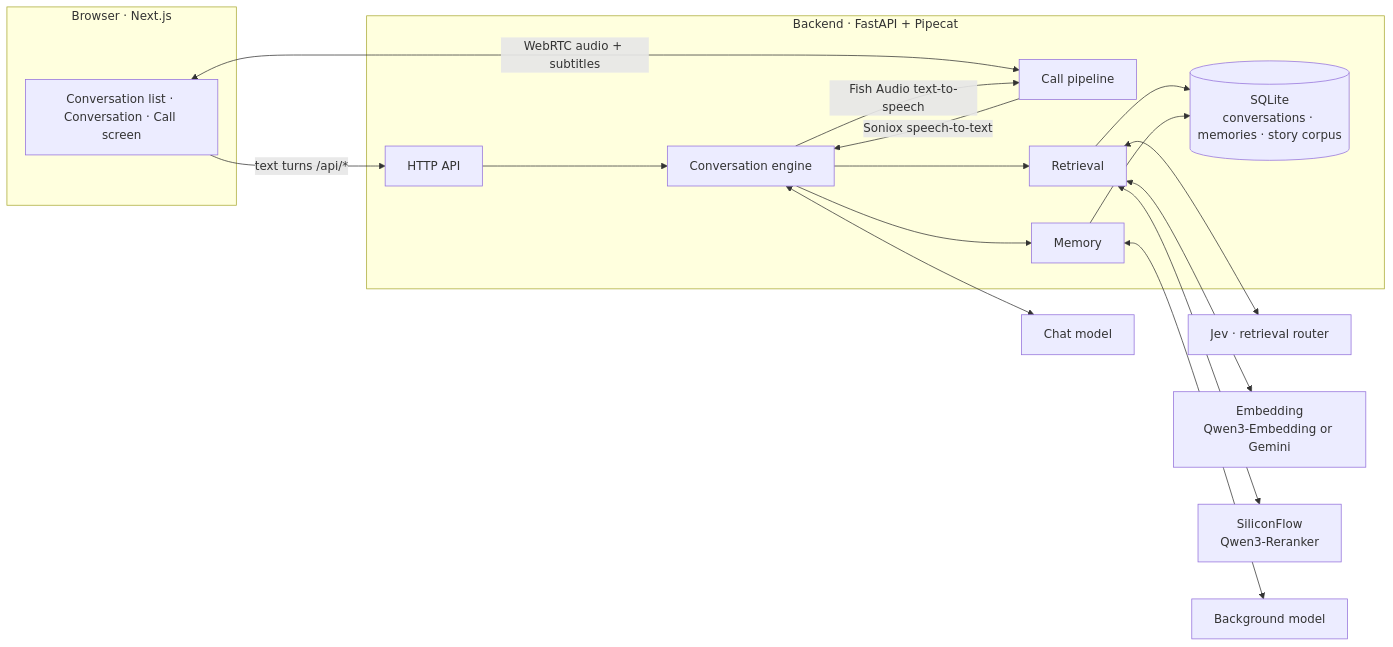
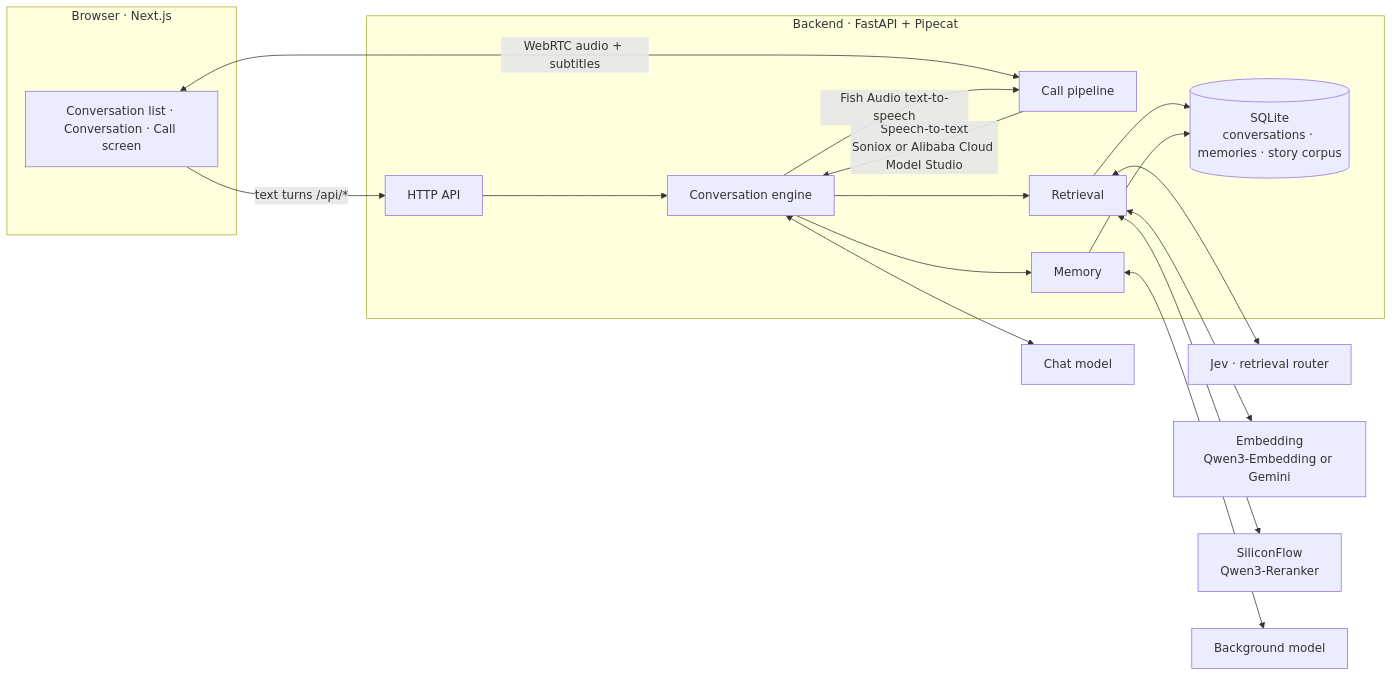
One commit to 3aKHP/idolum changed the first of 2 diagrams in README.en.md. Above: the diagram before and after it, drawn with Mermaid. The commit also changed other lines of this file and 7 other files, not shown here.

````diff
--- a/README.en.md
+++ b/README.en.md
@@ -75,30 +75,30 @@
 ```mermaid
 flowchart LR
     subgraph Browser["Browser · Next.js"]
         UI["Conversation list · Conversation · Call screen"]
     end
 
     subgraph Backend["Backend · FastAPI + Pipecat"]
         API["HTTP API"]
         Call["Call pipeline"]
         Engine["Conversation engine"]
         Retrieval["Retrieval"]
         Memory["Memory"]
         DB[("SQLite<br/>conversations · memories · story corpus")]
     end
 
     UI -- "text turns /api/*" --> API
     UI <-- "WebRTC audio + subtitles" --> Call
     API --> Engine
-    Call -- "Soniox speech-to-text" --> Engine
+    Call -- "Speech-to-text<br/>Soniox or Alibaba Cloud Model Studio" --> Engine
     Engine -- "Fish Audio text-to-speech" --> Call
     Engine --> Retrieval
     Engine --> Memory
     Retrieval --> DB
     Memory --> DB
     Engine <--> ChatLLM["Chat model"]
     Retrieval <--> Jev["Jev · retrieval router"]
     Retrieval <--> Emb["Embedding<br/>Qwen3-Embedding or Gemini"]
     Retrieval <--> SF["SiliconFlow<br/>Qwen3-Reranker"]
     Memory <--> BgLLM["Background model"]
 ```
````
